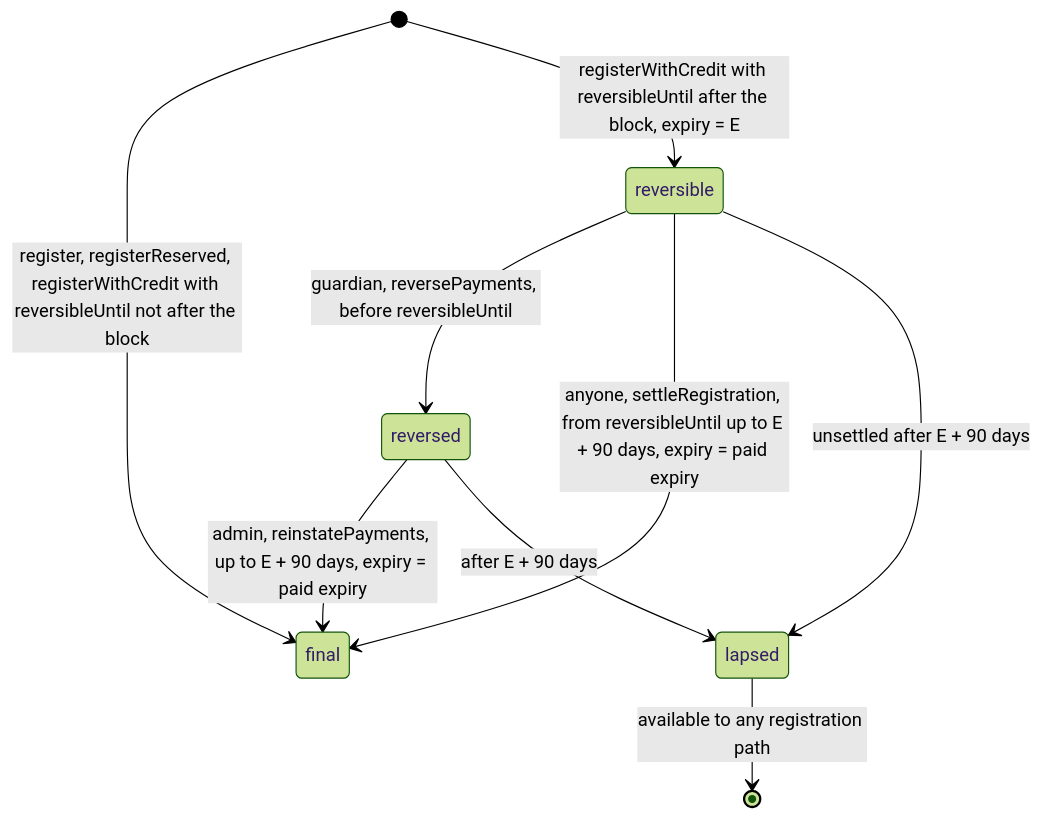
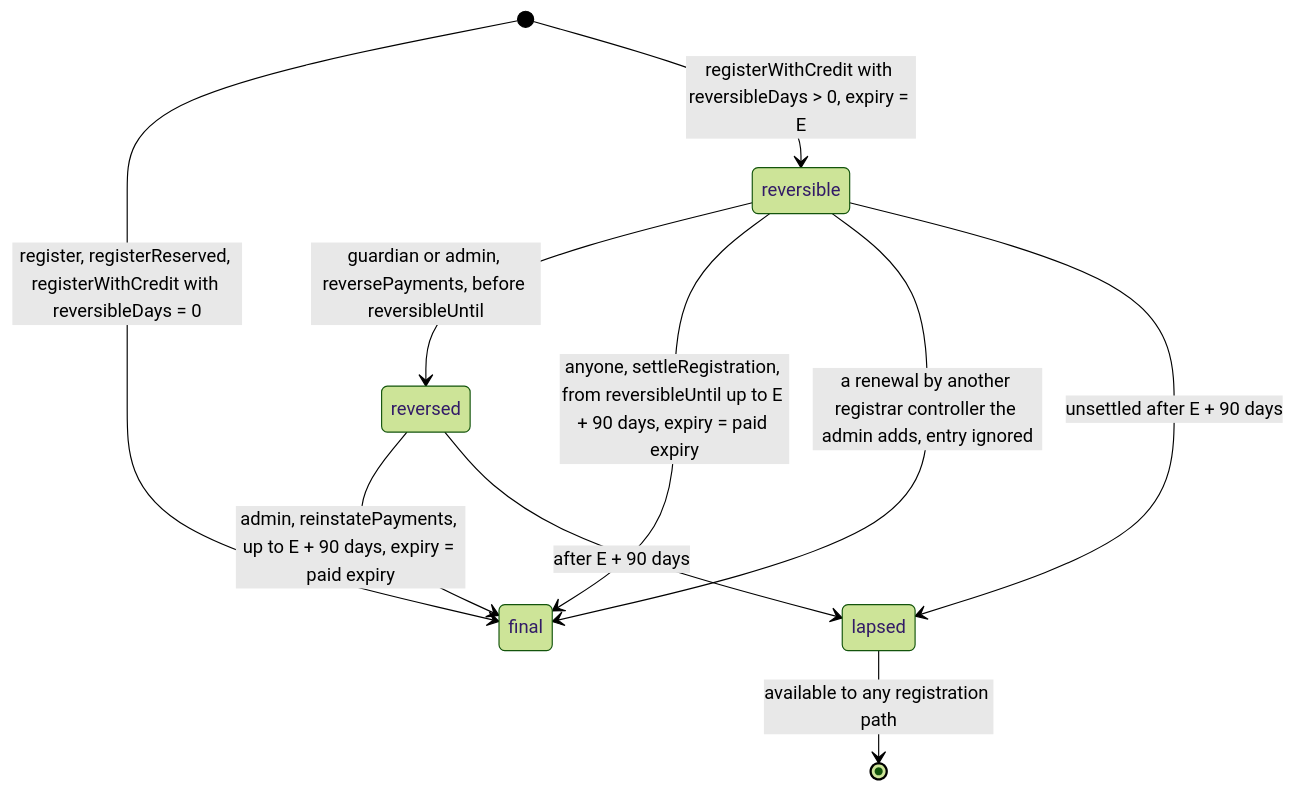
Before and after one commit to brenzi-agent/simplex-namespace-contract: the first of 7 diagrams in docs/plans/payment-reversal.md, drawn with Mermaid (forest theme). The commit also changed other lines of this file, not shown here.

Commit message:
docs: reversible days, claim flow and sales gate in the plan

````diff
--- a/docs/plans/payment-reversal.md
+++ b/docs/plans/payment-reversal.md
@@ -53,11 +56,12 @@
 ```mermaid
 stateDiagram-v2
-  [*] --> final: register, registerReserved, registerWithCredit with reversibleUntil not after the block
-  [*] --> reversible: registerWithCredit with reversibleUntil after the block, expiry = E
-  reversible --> reversed: guardian, reversePayments, before reversibleUntil
+  [*] --> final: register, registerReserved, registerWithCredit with reversibleDays = 0
+  [*] --> reversible: registerWithCredit with reversibleDays > 0, expiry = E
+  reversible --> reversed: guardian or admin, reversePayments, before reversibleUntil
   reversed --> final: admin, reinstatePayments, up to E + 90 days, expiry = paid expiry
   reversible --> final: anyone, settleRegistration, from reversibleUntil up to E + 90 days, expiry = paid expiry
+  reversible --> final: a renewal by another registrar controller the admin adds, entry ignored
   reversible --> lapsed: unsettled after E + 90 days
   reversed --> lapsed: after E + 90 days
   lapsed --> [*]: available to any registration path
 ```
````
